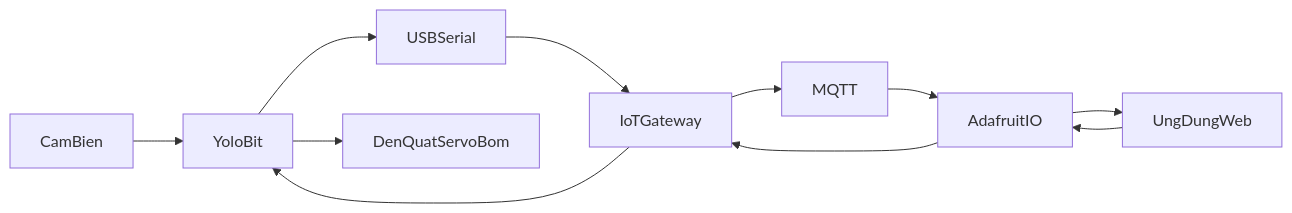
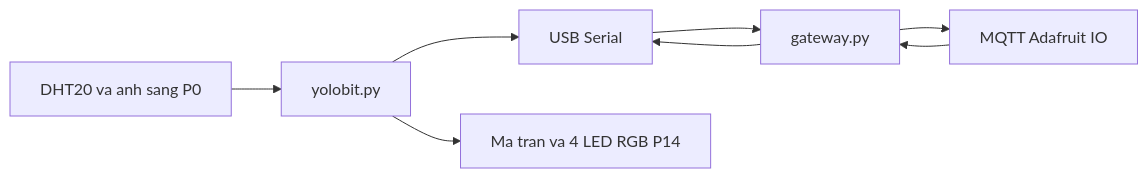
Before and after one commit to tuankhoi1007/YOLOHome: the diagram in README.md, drawn with Mermaid. The commit also changed other lines of this file and 13 other files, not shown here.

````diff
--- a/README.md
+++ b/README.md
@@ -24,13 +48,10 @@
 ```mermaid
 flowchart LR
-  sensors[CamBien] --> yolo[YoloBit]
-  yolo --> serial[USBSerial]
-  serial --> gateway[IoTGateway]
-  gateway --> mqtt[MQTT]
-  mqtt --> cloud[AdafruitIO]
-  cloud --> app[UngDungWeb]
-  app --> cloud
-  cloud --> gateway
-  gateway --> yolo
-  yolo --> actuators[DenQuatServoBom]
+  dht[DHT20 va anh sang P0] --> yolo[yolobit.py]
+  yolo --> usb[USB Serial]
+  usb --> gw[gateway.py]
+  gw --> mqtt[MQTT Adafruit IO]
+  mqtt --> gw
+  gw --> usb
+  yolo --> den[Ma tran va 4 LED RGB P14]
 ```
````
